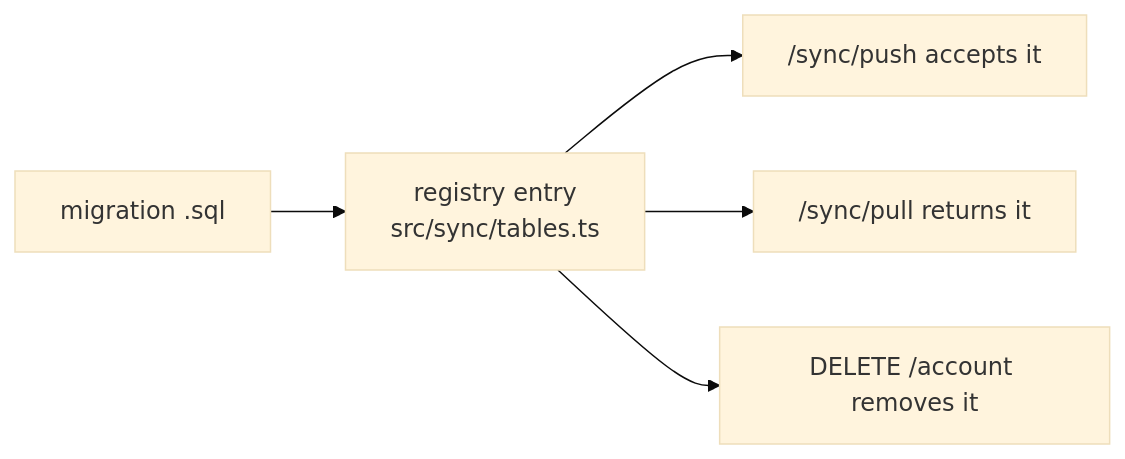
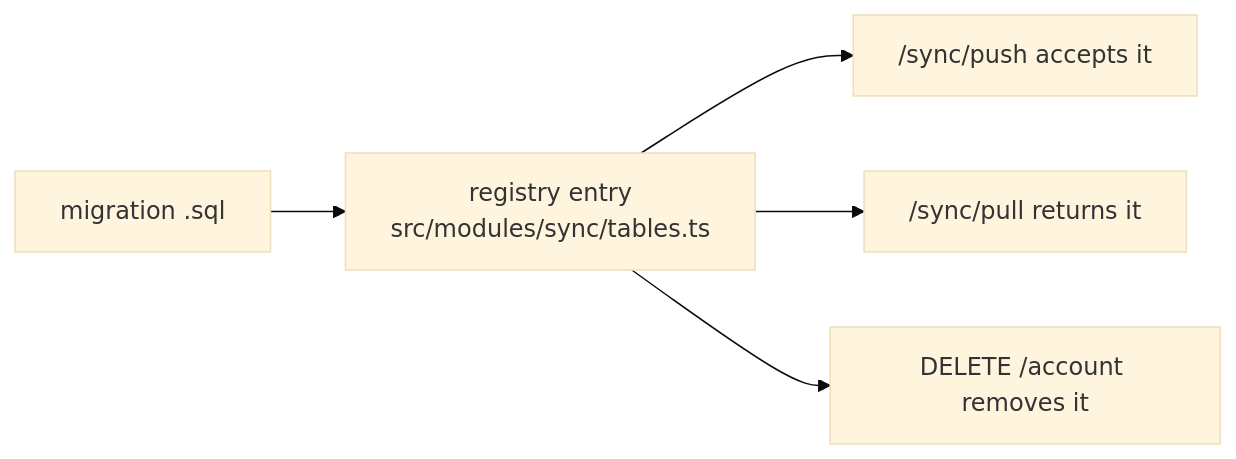
One commit to DAMHONGDUC/site-log-be changed the diagram in docs/feature-guide/S5-issues-markup/README.md. Above: the diagram before and after it, drawn with Mermaid (base theme). The commit also changed 2 other files, not shown here.

Commit message:
docs: update docs - detail is guides S5 use the new src paths
Only file paths in tables and text change; the code samples keep the first form of each file.

````diff
--- a/docs/feature-guide/S5-issues-markup/README.md
+++ b/docs/feature-guide/S5-issues-markup/README.md
@@ -32,7 +32,7 @@
 ```mermaid
 flowchart LR
-    M["migration .sql"] --> R["registry entry<br/>src/sync/tables.ts"]
+    M["migration .sql"] --> R["registry entry<br/>src/modules/sync/tables.ts"]
     R --> Push["/sync/push accepts it"]
     R --> Pull["/sync/pull returns it"]
     R --> Acc["DELETE /account removes it"]
 ```
````
